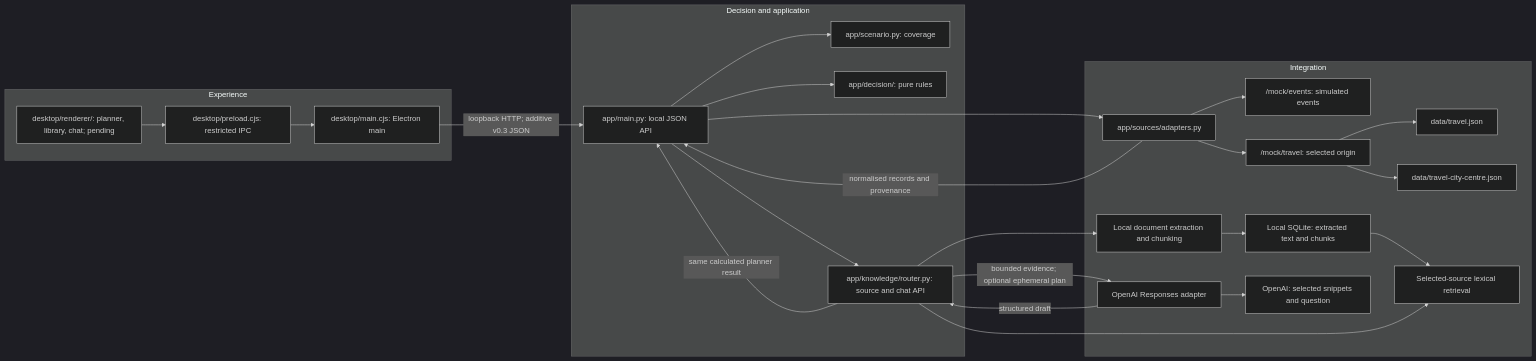
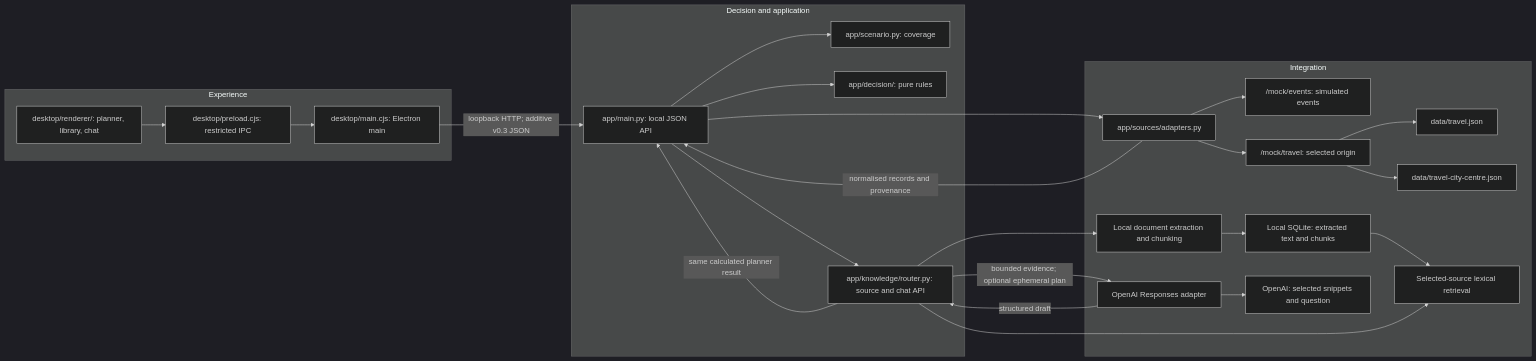
One commit to wahab-linux/my-jinni changed the diagram in docs/ARCHITECTURE.md. Above: the diagram before and after it, drawn with Mermaid (dark theme). The commit also changed other lines of this file and 28 other files, not shown here.

Commit message:
Deliver Electron desktop planner, source library and cited chat

````diff
--- a/docs/ARCHITECTURE.md
+++ b/docs/ARCHITECTURE.md
@@ -5,46 +5,46 @@
 ```mermaid
 flowchart LR
     subgraph Experience
-        Renderer["desktop/renderer/: planner, library, chat; pending"]
+        Renderer["desktop/renderer/: planner, library, chat"]
         Bridge["desktop/preload.cjs: restricted IPC"]
         Main["desktop/main.cjs: Electron main"]
         Renderer --> Bridge
         Bridge --> Main
     end
     subgraph DecisionApplication[Decision and application]
         API["app/main.py: local JSON API"]
         Scenario["app/scenario.py: coverage"]
         Engine["app/decision/: pure rules"]
         Knowledge["app/knowledge/router.py: source and chat API"]
         API --> Scenario
         API --> Engine
         API --> Knowledge
     end
     subgraph Integration
         Adapters["app/sources/adapters.py"]
         Events["/mock/events: simulated events"]
         Travel["/mock/travel: selected origin"]
         Campus["data/travel.json"]
         City["data/travel-city-centre.json"]
         Ingestion["Local document extraction and chunking"]
         Store["Local SQLite: extracted text and chunks"]
         Retrieval["Selected-source lexical retrieval"]
         AI["OpenAI Responses adapter"]
         OpenAI["OpenAI: selected snippets and question"]
         Adapters --> Events
         Adapters --> Travel
         Travel --> Campus
         Travel --> City
         Ingestion --> Store
         Store --> Retrieval
         AI --> OpenAI
     end
     Main -->|"loopback HTTP; additive v0.3 JSON"| API
     API --> Adapters
     Adapters -->|"normalised records and provenance"| API
     Knowledge --> Ingestion
     Knowledge --> Retrieval
     Knowledge -->|"same calculated planner result"| API
     Knowledge -->|"bounded evidence; optional ephemeral plan"| AI
     AI -->|"structured draft"| Knowledge
 ```
````
